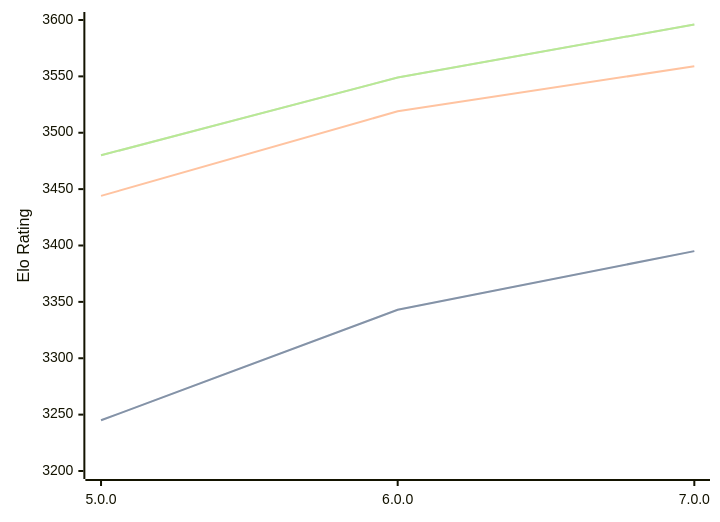
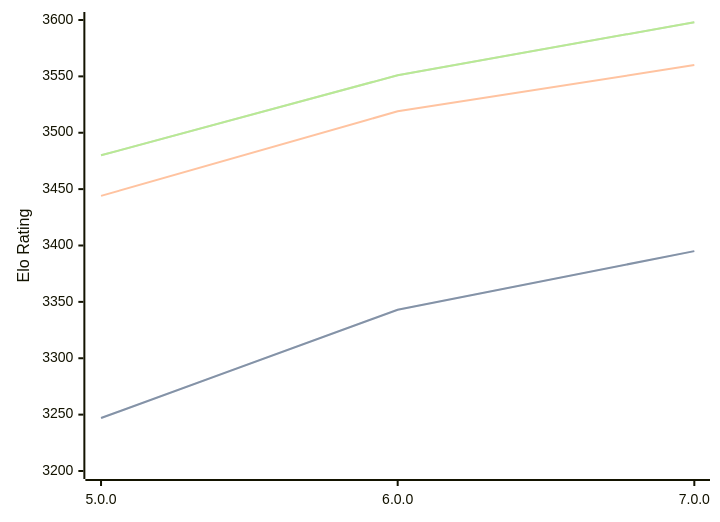
The diagram in engines/Stormphrax.md (computer-chess-index/cci), drawn with Mermaid before and after one commit. The commit also changed other lines of this file, not shown here.

Commit message:
Update CCI Ratings (ELO VLTC) - 2026-05-04

````diff
--- a/engines/Stormphrax.md
+++ b/engines/Stormphrax.md
@@ -38,11 +38,11 @@
 ```mermaid
 %%{init: {"theme":"base","themeVariables":{"seriesColors:['#a3a3a3','#222221','#faa371']}}}%%
 xychart-beta
   x-axis ["5.0.0", "6.0.0", "7.0.0"]
   y-axis "Elo Rating" 3200 --> 3600
-  line "STC (8.0+0.08s)" [3245, 3343, 3395]
-  line "STC (8.0+0.08s)" [3245, 3343, 3395]
-  line "LTC (60.0+0.60s)" [3444, 3519, 3559]
-  line "VLTC (2m24s+1.12s)" [3480, 3549, 3596]
-  line "VLTC (2m24s+1.12s)" [3480, 3549, 3596]
+  line "STC (8.0+0.08s)" [3247, 3343, 3395]
+  line "STC (8.0+0.08s)" [3247, 3343, 3395]
+  line "LTC (60.0+0.60s)" [3444, 3519, 3560]
+  line "VLTC (2m24s+1.12s)" [3480, 3551, 3598]
+  line "VLTC (2m24s+1.12s)" [3480, 3551, 3598]
 ```
````
